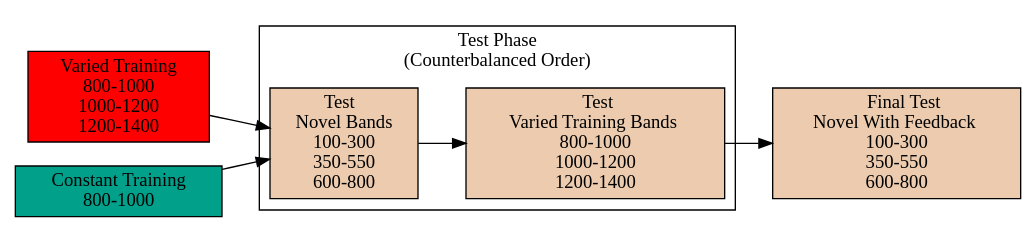
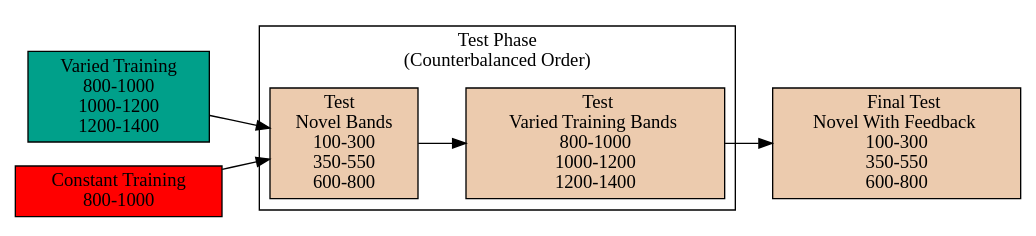
Before and after one commit to tegorman13/Dissertation: the first of 2 diagrams in Presentation/slides.qmd, drawn with Graphviz. The commit also changed other lines of this file and 54 other files, not shown here.

````diff
--- a/Presentation/slides.qmd
+++ b/Presentation/slides.qmd
@@ -313,23 +293,23 @@
 ```{dot}
 //| label: fig-design-e1
 //| fig-cap: "Experiment 1 Design. Constant and Varied participants complete different training conditions."
-//| fig-width: 7.0
-//| fig-height: 2.5
+//| fig-width: 9.5
+//| fig-height: 3.5
 //| echo: false  
 digraph {
   graph [layout = dot, rankdir = LR]
   node [shape = rectangle, style = filled]
-  data1 [label = " Varied Training \n800-1000\n1000-1200\n1200-1400", fillcolor = "#FF0000"]
-  data2 [label = " Constant Training \n800-1000", fillcolor = "#00A08A"]
+  data1 [label = " Varied Training \n800-1000\n1000-1200\n1200-1400", fillcolor = "#00A08A"]
+  data2 [label = " Constant Training \n800-1000", fillcolor = "#FF0000"]
   Test3 [label = "    Final Test \n  Novel With Feedback  \n100-300\n350-550\n600-800", fillcolor = "#ECCBAE"]
   data1 -> Test1
   data2 -> Test1
   subgraph cluster {
     label = "Test Phase \n(Counterbalanced Order)"
     Test1 [label = "Test  \nNovel Bands \n100-300\n350-550\n600-800", fillcolor = "#ECCBAE"]
     Test2 [label = "  Test \n  Varied Training Bands  \n800-1000\n1000-1200\n1200-1400", fillcolor = "#ECCBAE"]
     Test1 -> Test2
   }
   Test2 -> Test3
 }
 ```
````
